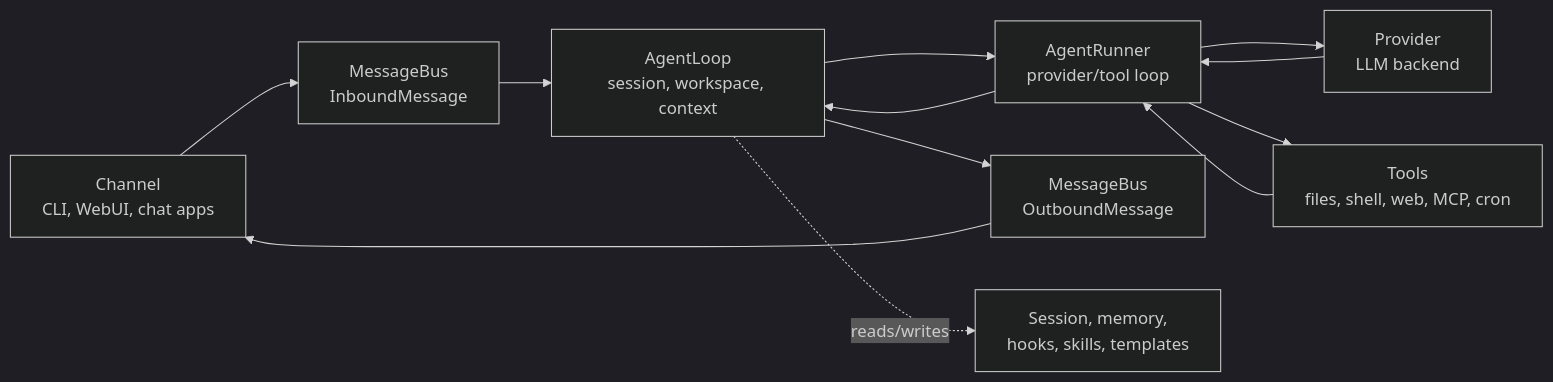
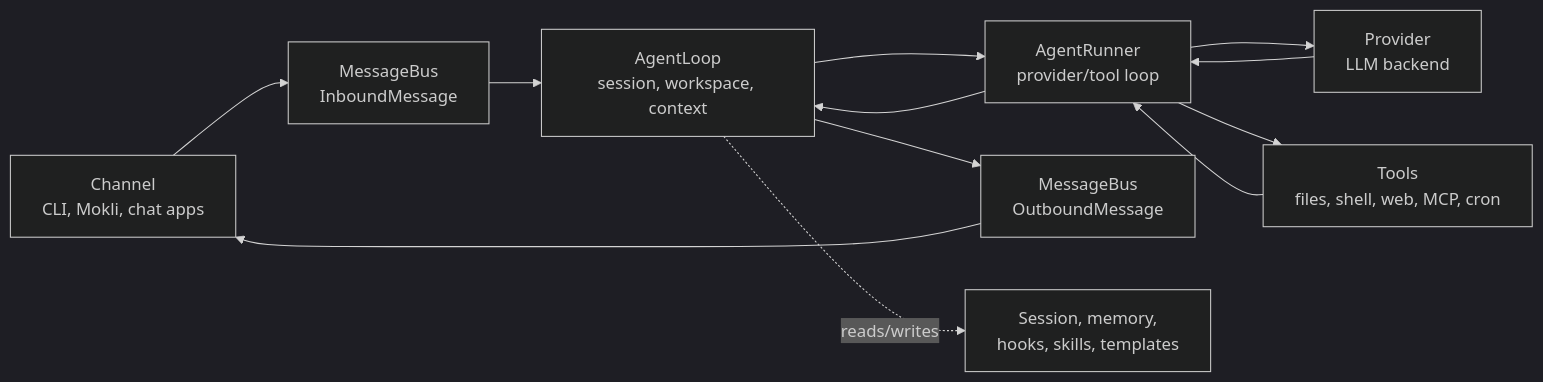
One commit to loorksy/NanoAgent changed the diagram in docs/architecture.md. Above: the diagram before and after it, drawn with Mermaid (dark theme). The commit also changed other lines of this file and 9395 other files, not shown here.

````diff
--- a/docs/architecture.md
+++ b/docs/architecture.md
@@ -9,15 +9,15 @@
 ```mermaid
 flowchart LR
-    Channel["Channel<br/>CLI, WebUI, chat apps"] --> Bus["MessageBus<br/>InboundMessage"]
+    Channel["Channel<br/>CLI, Mokli, chat apps"] --> Bus["MessageBus<br/>InboundMessage"]
     Bus --> Loop["AgentLoop<br/>session, workspace, context"]
     Loop --> Runner["AgentRunner<br/>provider/tool loop"]
     Runner --> Provider["Provider<br/>LLM backend"]
     Provider --> Runner
     Runner --> Tools["Tools<br/>files, shell, web, MCP, cron"]
     Tools --> Runner
     Runner --> Loop
     Loop --> Outbound["MessageBus<br/>OutboundMessage"]
     Outbound --> Channel
 
     Loop -. reads/writes .-> State["Session, memory,<br/>hooks, skills, templates"]
 ```
````
